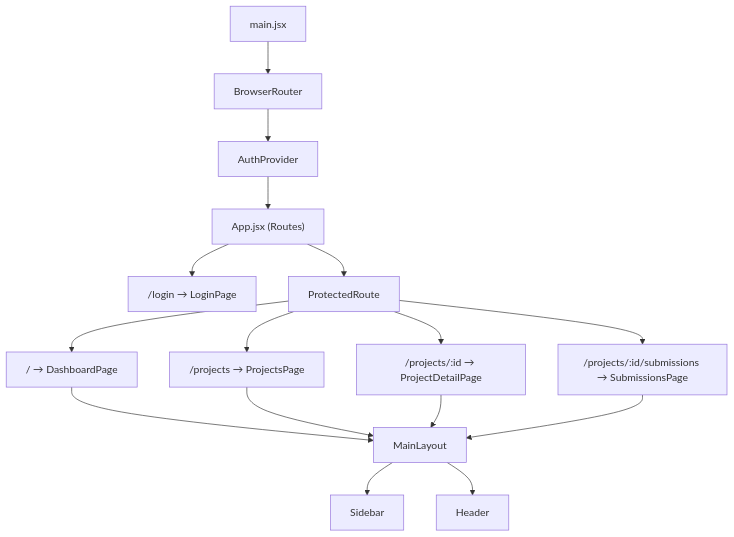
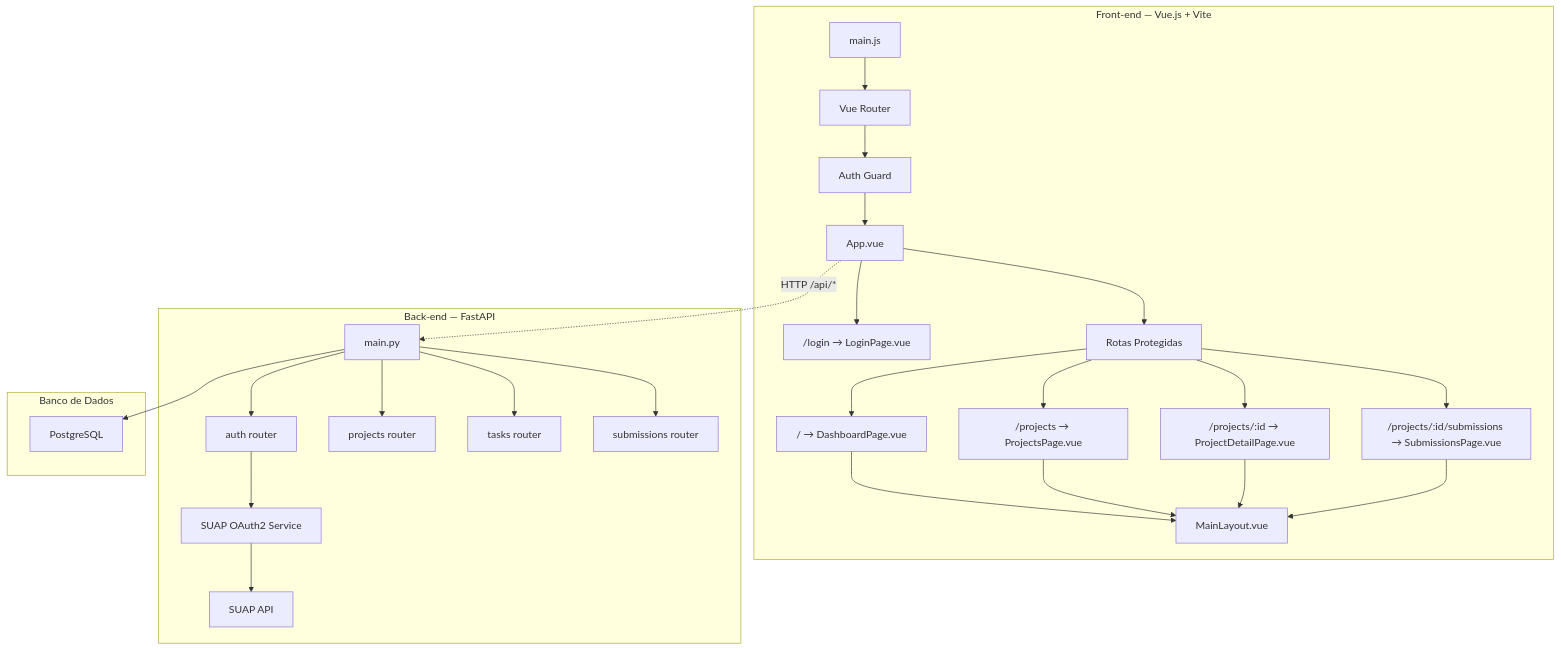
One commit to soneylegal/Projeto-4-Bimestre changed the diagram in implementation_plan.md. Above: the diagram before and after it, drawn with Mermaid. The commit also changed other lines of this file and 3 other files, not shown here.

````diff
--- a/implementation_plan.md
+++ b/implementation_plan.md
@@ -12,19 +33,34 @@
 ```mermaid
 graph TD
-    A["main.jsx"] --> B["BrowserRouter"]
-    B --> C["AuthProvider"]
-    C --> D["App.jsx (Routes)"]
-    D --> E["/login → LoginPage"]
-    D --> F["ProtectedRoute"]
-    F --> G["/ → DashboardPage"]
-    F --> H["/projects → ProjectsPage"]
-    F --> I["/projects/:id → ProjectDetailPage"]
-    F --> J["/projects/:id/submissions → SubmissionsPage"]
-    
-    G --> K["MainLayout"]
-    H --> K
-    I --> K
-    J --> K
-    K --> L["Sidebar"]
-    K --> M["Header"]
+    subgraph "Front-end — Vue.js + Vite"
+        A["main.js"] --> B["Vue Router"]
+        B --> C["Auth Guard"]
+        C --> D["App.vue"]
+        D --> E["/login → LoginPage.vue"]
+        D --> F["Rotas Protegidas"]
+        F --> G["/ → DashboardPage.vue"]
+        F --> H["/projects → ProjectsPage.vue"]
+        F --> I["/projects/:id → ProjectDetailPage.vue"]
+        F --> J["/projects/:id/submissions → SubmissionsPage.vue"]
+        G --> K["MainLayout.vue"]
+        H --> K
+        I --> K
+        J --> K
+    end
+
+    subgraph "Back-end — FastAPI"
+        N["main.py"] --> O["auth router"]
+        N --> P["projects router"]
+        N --> Q["tasks router"]
+        N --> R["submissions router"]
+        O --> S["SUAP OAuth2 Service"]
+        S --> T["SUAP API"]
+    end
+
+    subgraph "Banco de Dados"
+        U["PostgreSQL"]
+    end
+
+    D -.->|"HTTP /api/*"| N
+    N --> U
 ```
````
